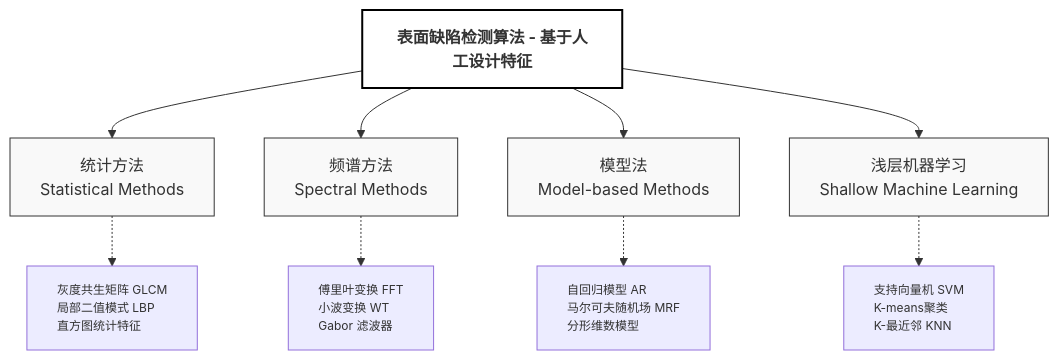
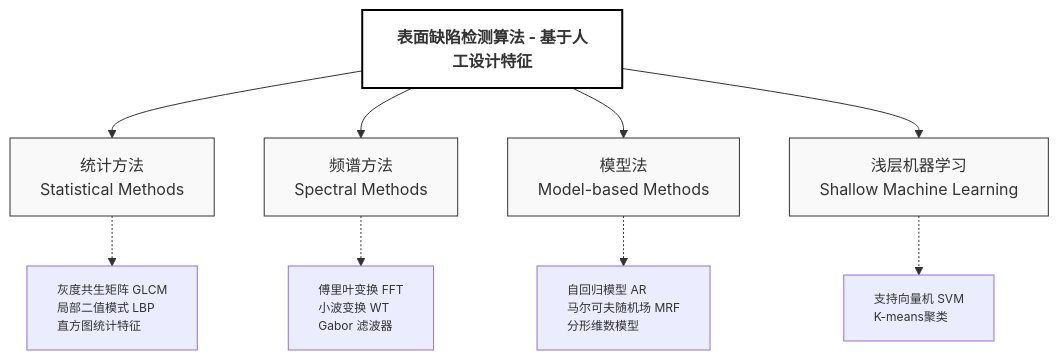
Before and after one commit to MAOSHENGsong/iodraw-files: the diagram in all/未命名-1.md, drawn with Mermaid.

Commit message:
2026-03-17 18:41:37 update

````diff
--- a/all/未命名-1.md
+++ b/all/未命名-1.md
@@ -1,41 +1,41 @@
 ```mermaid
 graph TB
     %% 核心标题
     Main[表面缺陷检测算法 - 基于人工设计特征] 
     
     %% 第一层级：四大分支
     Statistical[统计方法<br/>Statistical Methods]
     Spectral[频谱方法<br/>Spectral Methods]
     Model[模型法<br/>Model-based Methods]
     Machine[浅层机器学习<br/>Shallow Machine Learning]
 
     %% 第二层级：典型算法
     Sub_Stat[灰度共生矩阵 GLCM<br/>局部二值模式 LBP<br/>直方图统计特征]
     Sub_Spec[傅里叶变换 FFT<br/>小波变换 WT<br/>Gabor 滤波器]
     Sub_Mod[自回归模型 AR<br/>马尔可夫随机场 MRF<br/>分形维数模型]
-    Sub_Mach[支持向量机 SVM<br/>K-means聚类<br/>K-最近邻 KNN]
+    Sub_Mach[支持向量机 SVM<br/>K-means聚类<br/>]
 
     %% 建立连接
     Main --> Statistical
     Main --> Spectral
     Main --> Model
     Main --> Machine
 
     Statistical -.-> Sub_Stat
     Spectral -.-> Sub_Spec
     Model -.-> Sub_Mod
     Machine -.-> Sub_Mach
 
     %% 样式美化：论文通常使用白底黑字或淡色调
     style Main fill:#ffffff,stroke:#000,stroke-width:2px,font-weight:bold
     style Statistical fill:#f9f9f9,stroke:#333,stroke-width:1px
     style Spectral fill:#f9f9f9,stroke:#333,stroke-width:1px
     style Model fill:#f9f9f9,stroke:#333,stroke-width:1px
     style Machine fill:#f9f9f9,stroke:#333,stroke-width:1px
     
     %% 细化子项样式
     style Sub_Stat font-size:12px,text-align:left
     style Sub_Spec font-size:12px,text-align:left
     style Sub_Mod font-size:12px,text-align:left
     style Sub_Mach font-size:12px,text-align:left
 ```
````
